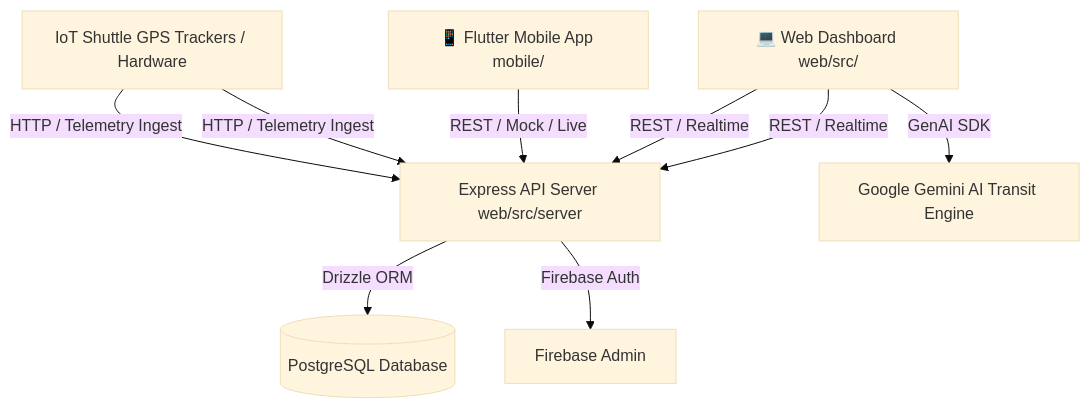
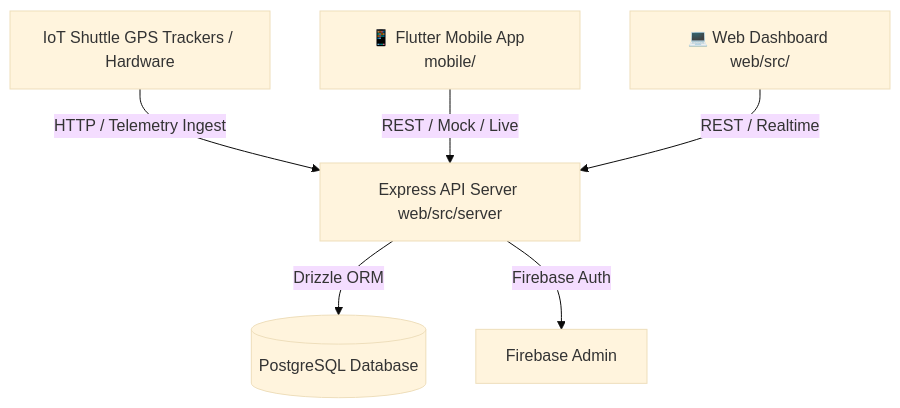
Before and after one commit to 08ops/Ooyalo: the diagram in README.md, drawn with Mermaid (base theme). The commit also changed other lines of this file and 2 other files, not shown here.

````diff
--- a/README.md
+++ b/README.md
@@ -23,13 +23,9 @@
 ```mermaid
 graph TD
-    A[IoT Shuttle GPS Trackers / Hardware] -->|HTTP / Telemetry Ingest| B[Express API Server src/server]
     A[IoT Shuttle GPS Trackers / Hardware] -->|HTTP / Telemetry Ingest| B[Express API Server web/src/server]
     B -->|Drizzle ORM| C[(PostgreSQL Database)]
     B -->|Firebase Auth| D[Firebase Admin]
     
     E[📱 Flutter Mobile App mobile/] -->|REST / Mock / Live| B
-    F[💻 Web Dashboard src/] -->|REST / Realtime| B
-    
-    F -->|GenAI SDK| G[Google Gemini AI Transit Engine]
     F[💻 Web Dashboard web/src/] -->|REST / Realtime| B
 ```
````
